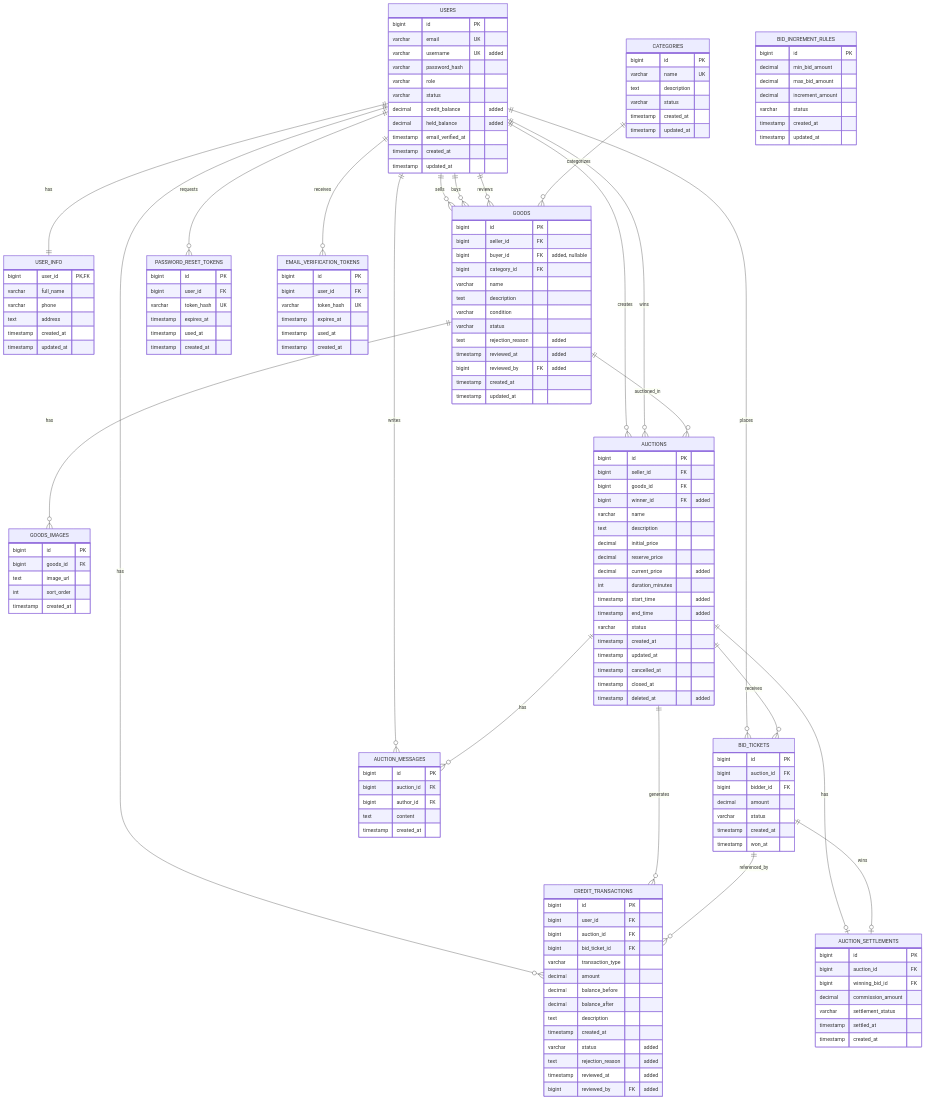
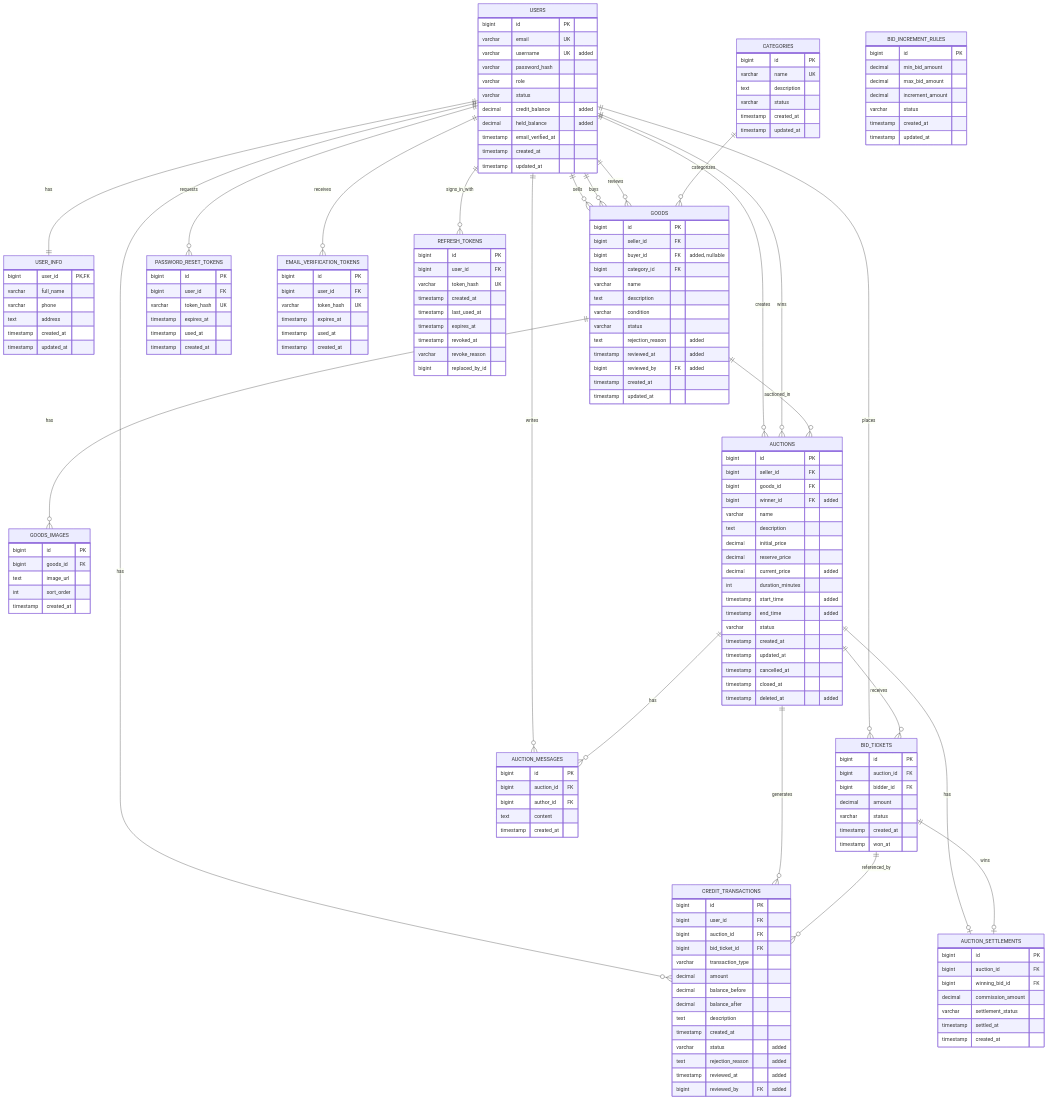
Before and after one commit to anhbody2/Auction_system: the diagram in docs/ERD_edited.md, drawn with Mermaid. The commit also changed other lines of this file and 23 other files, not shown here.

First line of the commit message:
sec-003: rotating refresh tokens with a short access cookie; logout and account changes revoke them

```diff
--- a/docs/ERD_edited.md
+++ b/docs/ERD_edited.md
@@ -188,6 +190,18 @@
         timestamp created_at
     }
 
+    REFRESH_TOKENS {
+        bigint id PK
+        bigint user_id FK
+        varchar token_hash UK
+        timestamp created_at
+        timestamp last_used_at
+        timestamp expires_at
+        timestamp revoked_at
+        varchar revoke_reason
+        bigint replaced_by_id
+    }
+
     USERS ||--|| USER_INFO : has
     USERS ||--o{ GOODS : sells
     USERS ||--o{ GOODS : buys
@@ -199,6 +213,7 @@
     USERS ||--o{ AUCTION_MESSAGES : writes
     USERS ||--o{ PASSWORD_RESET_TOKENS : requests
     USERS ||--o{ EMAIL_VERIFICATION_TOKENS : receives
+    USERS ||--o{ REFRESH_TOKENS : signs_in_with
 
     CATEGORIES ||--o{ GOODS : categorizes
 
```
